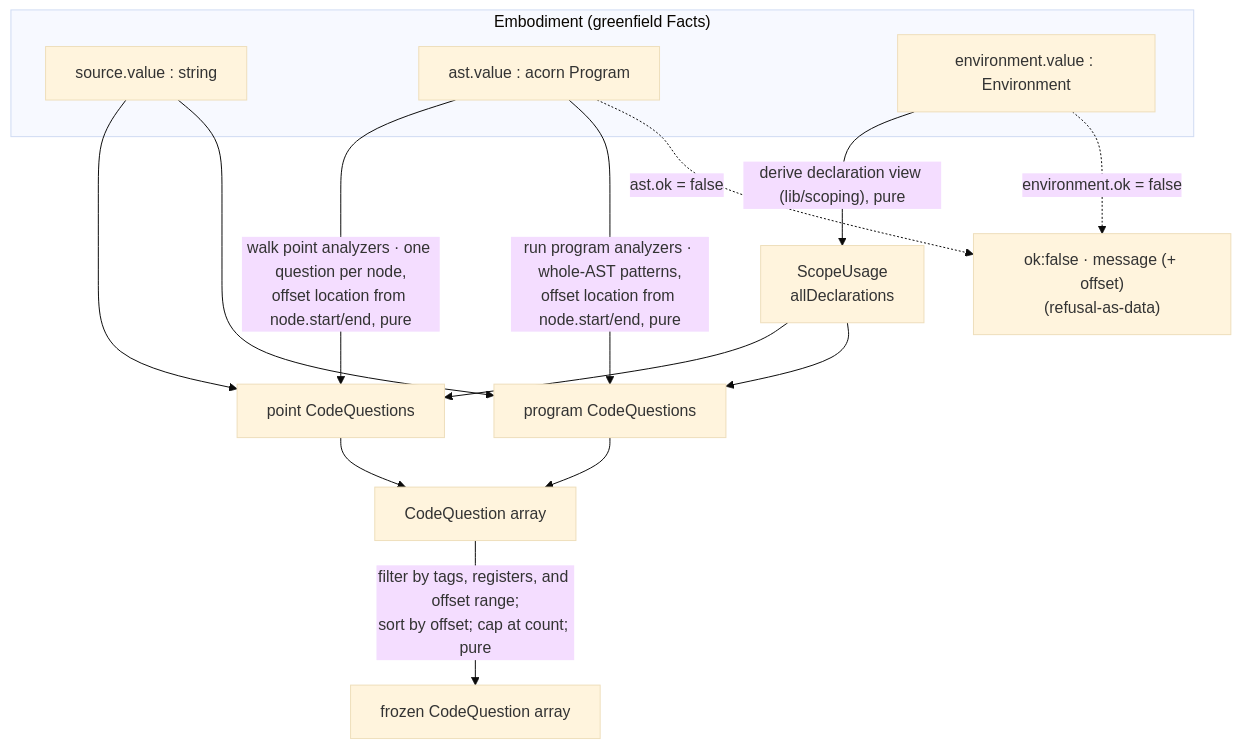
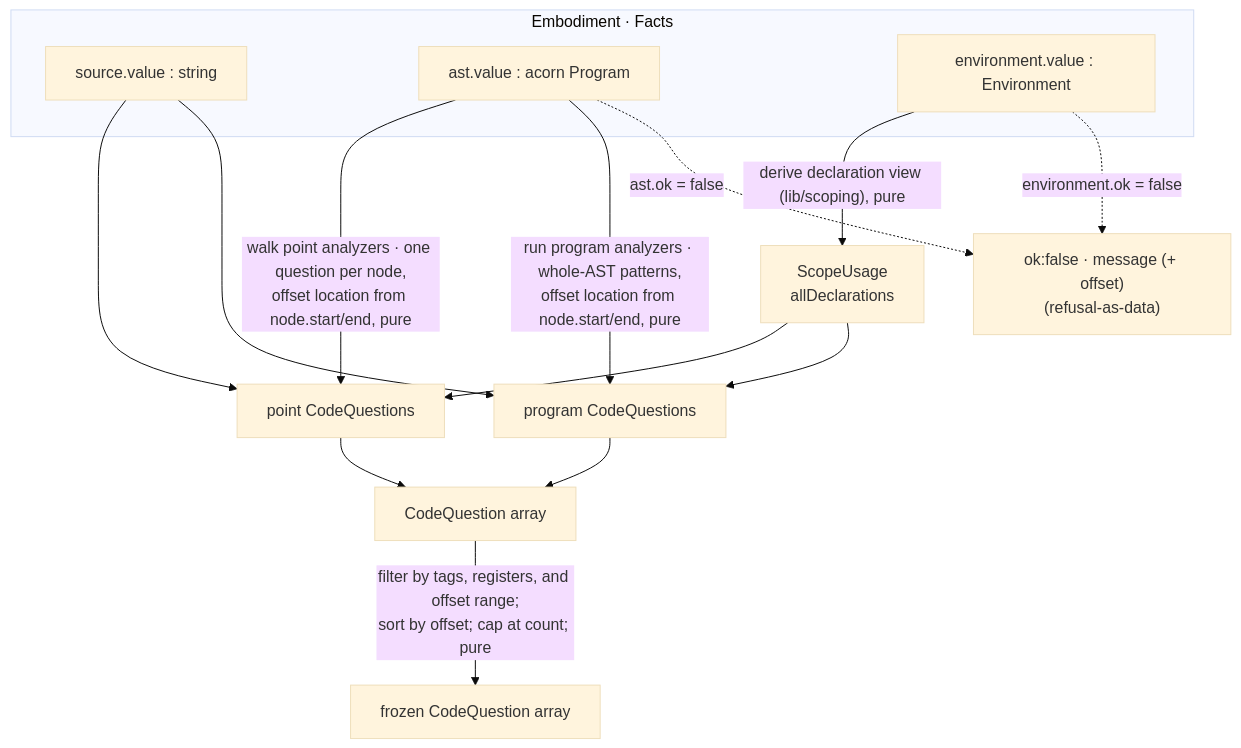
The diagram in src/lib/study-lenses/lib/socratizing/DOCS.md (codeschoolinabox/curricula), drawn with Mermaid (base theme) before and after one commit.

Commit message:
docs: drop the stray 'greenfield' label in the socratizing data-flow diagram

````diff
--- a/src/lib/study-lenses/lib/socratizing/DOCS.md
+++ b/src/lib/study-lenses/lib/socratizing/DOCS.md
@@ -361,24 +361,24 @@
 ```mermaid
 flowchart TD
-    subgraph facts["Embodiment (greenfield Facts)"]
+    subgraph facts["Embodiment · Facts"]
         SRC["source.value : string"]
         AST["ast.value : acorn Program"]
         ENV["environment.value : Environment"]
     end
 
     ENV -->|"derive declaration view (lib/scoping), pure"| SCOPE["ScopeUsage<br/>allDeclarations"]
 
     AST -->|"walk point analyzers · one question per node,<br/>offset location from node.start/end, pure"| PQ["point CodeQuestions"]
     AST -->|"run program analyzers · whole-AST patterns,<br/>offset location from node.start/end, pure"| GQ["program CodeQuestions"]
     SCOPE --> PQ
     SCOPE --> GQ
     SRC --> PQ
     SRC --> GQ
 
     PQ --> MERGE["CodeQuestion array"]
     GQ --> MERGE
     MERGE -->|"filter by tags, registers, and offset range;<br/>sort by offset; cap at count; pure"| OUT["frozen CodeQuestion array"]
 
     AST -.->|"ast.ok = false"| FAIL["ok:false · message (+ offset)<br/>(refusal-as-data)"]
     ENV -.->|"environment.ok = false"| FAIL
 ```
````
